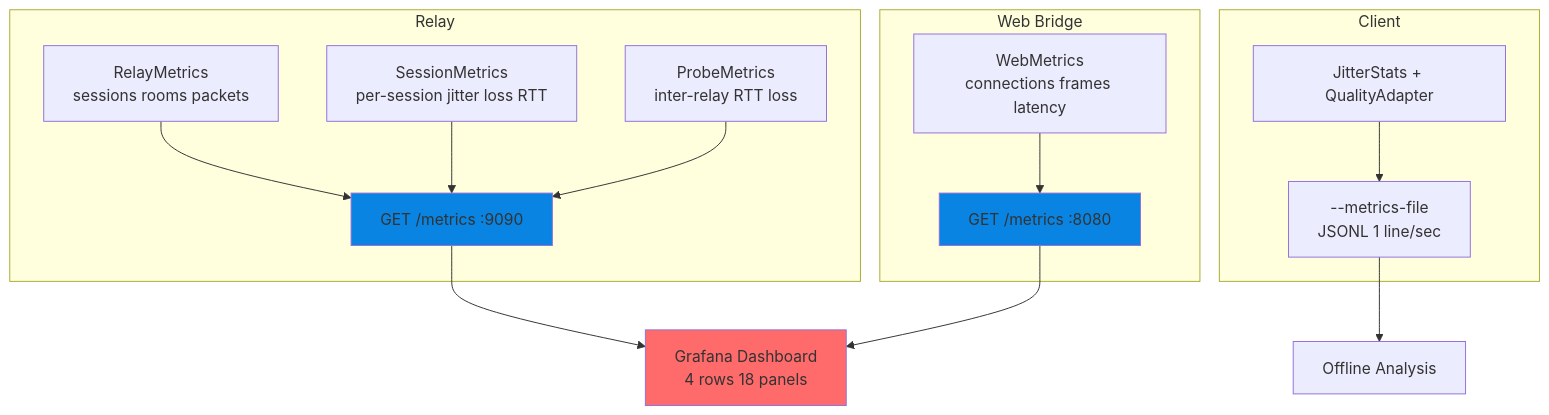
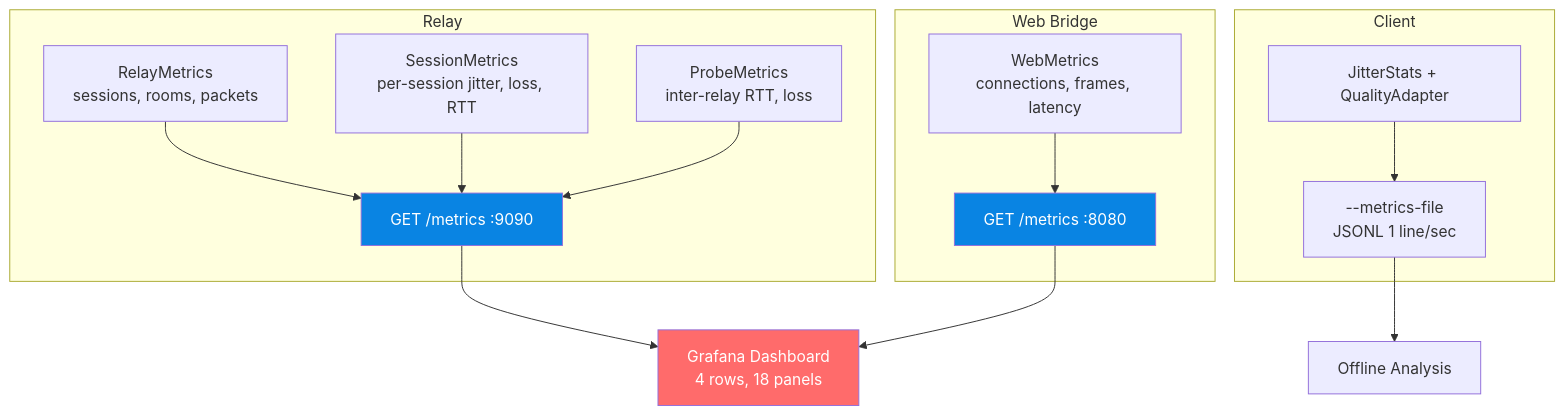
Diagram 17 of 19 in docs/ARCHITECTURE.md (manawenuz/wzp), drawn with Mermaid before and after one commit. The commit also changed other lines of this file and 3 other files, not shown here.

First line of the commit message:
docs: comprehensive documentation — design, architecture, admin, user guide

````diff
--- a/docs/ARCHITECTURE.md
+++ b/docs/ARCHITECTURE.md
@@ -339,29 +687,29 @@
 ```mermaid
 graph TB
     subgraph "Relay"
-        RM[RelayMetrics<br/>sessions rooms packets]
-        SM[SessionMetrics<br/>per-session jitter loss RTT]
-        PM[ProbeMetrics<br/>inter-relay RTT loss]
-        RM --> PROM1[GET /metrics :9090]
+        RM["RelayMetrics<br/>sessions, rooms, packets"]
+        SM["SessionMetrics<br/>per-session jitter, loss, RTT"]
+        PM["ProbeMetrics<br/>inter-relay RTT, loss"]
+        RM --> PROM1["GET /metrics :9090"]
         SM --> PROM1
         PM --> PROM1
     end
 
     subgraph "Web Bridge"
-        WM[WebMetrics<br/>connections frames latency]
-        WM --> PROM2[GET /metrics :8080]
+        WM["WebMetrics<br/>connections, frames, latency"]
+        WM --> PROM2["GET /metrics :8080"]
     end
 
     subgraph "Client"
-        CM[JitterStats + QualityAdapter]
-        CM --> JSONL[--metrics-file<br/>JSONL 1 line/sec]
+        CM["JitterStats + QualityAdapter"]
+        CM --> JSONL["--metrics-file<br/>JSONL 1 line/sec"]
     end
 
-    PROM1 --> GRAF[Grafana Dashboard<br/>4 rows 18 panels]
+    PROM1 --> GRAF["Grafana Dashboard<br/>4 rows, 18 panels"]
     PROM2 --> GRAF
     JSONL --> ANALYSIS[Offline Analysis]
 
-    style GRAF fill:#ff6b6b
-    style PROM1 fill:#0984e3
-    style PROM2 fill:#0984e3
+    style GRAF fill:#ff6b6b,color:#fff
+    style PROM1 fill:#0984e3,color:#fff
+    style PROM2 fill:#0984e3,color:#fff
 ```
````
